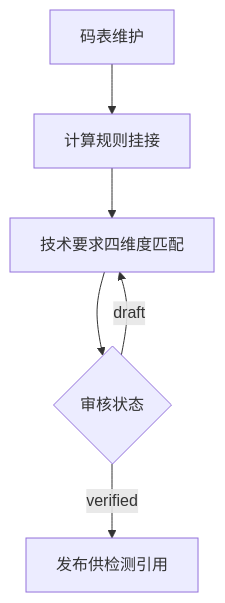
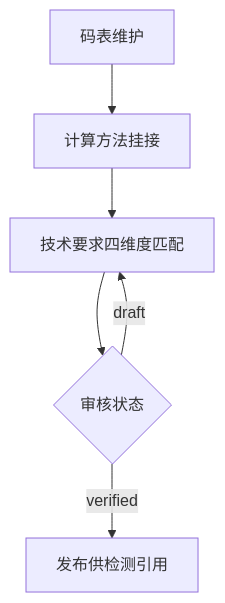
The second of 4 diagrams in docs/design/flow-function-map.md (zcqiand/lab-management-system-aspnetcore), drawn with Mermaid before and after one commit. The commit also changed other lines of this file and 12 other files, not shown here.

````diff
--- a/docs/design/flow-function-map.md
+++ b/docs/design/flow-function-map.md
@@ -28,8 +28,8 @@
 ```mermaid
 flowchart TD
-    S01[码表维护] --> S02[计算规则挂接]
+    S01[码表维护] --> S02[计算方法挂接]
     S02 --> S03[技术要求四维度匹配]
     S03 --> S04{审核状态}
     S04 -->|draft| S03
     S04 -->|verified| S05[发布供检测引用]
 ```
````
